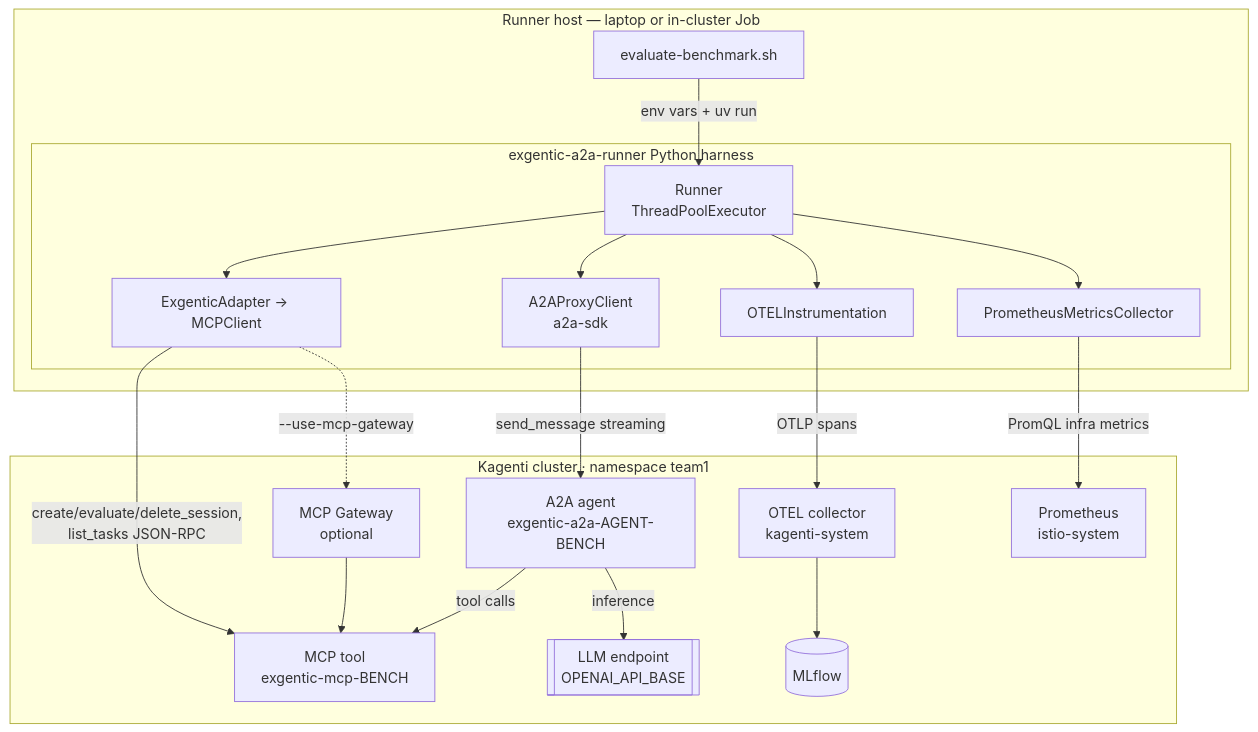
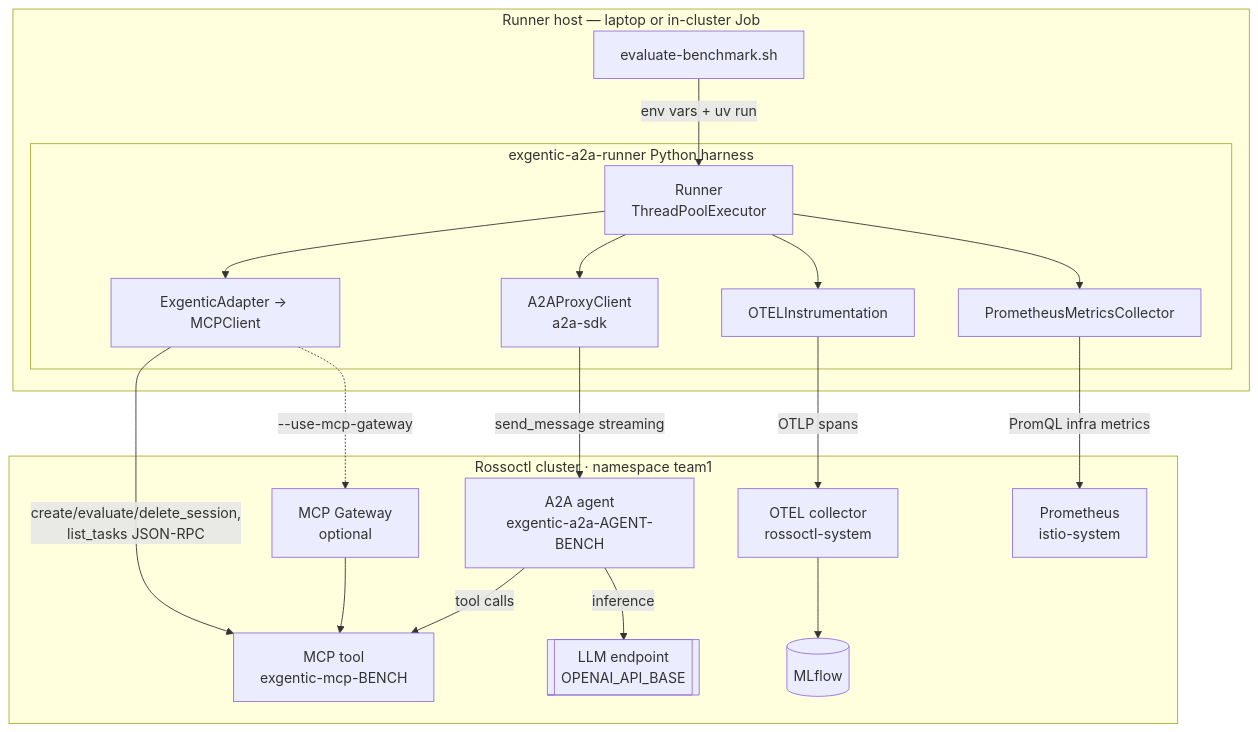
Before and after one commit to rossoctl/workload-harness: the ninth of 9 diagrams in exgentic_a2a_runner/docs/workflow-diagrams.md, drawn with Mermaid. The commit also changed other lines of this file and 17 other files, not shown here.

First line of the commit message:
rename: Kagenti → Rossoctl throughout scripts and docs

````diff
--- a/exgentic_a2a_runner/docs/workflow-diagrams.md
+++ b/exgentic_a2a_runner/docs/workflow-diagrams.md
@@ -359,38 +359,38 @@
 ```mermaid
 flowchart TB
     subgraph host[Runner host — laptop or in-cluster Job]
         Eval[evaluate-benchmark.sh]
         subgraph py[exgentic-a2a-runner Python harness]
             R[Runner<br/>ThreadPoolExecutor]
             AD[ExgenticAdapter → MCPClient]
             AC[A2AProxyClient<br/>a2a-sdk]
             OT[OTELInstrumentation]
             PC[PrometheusMetricsCollector]
         end
         Eval -->|env vars + uv run| R
         R --> AD
         R --> AC
         R --> OT
         R --> PC
     end
 
-    subgraph cluster[Kagenti cluster · namespace team1]
+    subgraph cluster[Rossoctl cluster · namespace team1]
         MCP["MCP tool<br/>exgentic-mcp-BENCH"]
         AG["A2A agent<br/>exgentic-a2a-AGENT-BENCH"]
         GWY[MCP Gateway<br/>optional]
-        COL[OTEL collector<br/>kagenti-system]
+        COL[OTEL collector<br/>rossoctl-system]
         PROM[Prometheus<br/>istio-system]
         MLF[(MLflow)]
         LLM[[LLM endpoint<br/>OPENAI_API_BASE]]
     end
 
     AD -->|create/evaluate/delete_session,<br/>list_tasks JSON-RPC| MCP
     AD -. --use-mcp-gateway .-> GWY --> MCP
     AC -->|send_message streaming| AG
     AG -->|tool calls| MCP
     AG -->|inference| LLM
     OT -->|OTLP spans| COL --> MLF
     PC -->|PromQL infra metrics| PROM
 
     %% port-forward vs cluster-DNS is chosen by CLUSTER_MODE in urls.sh
 ```
````
